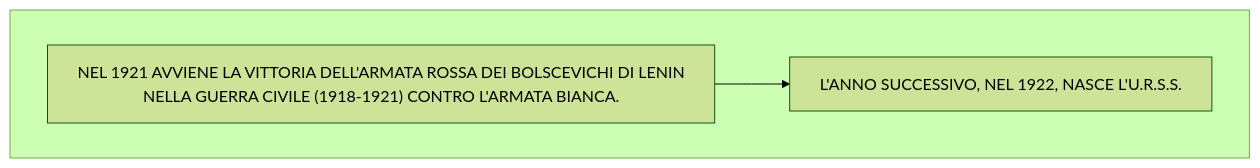
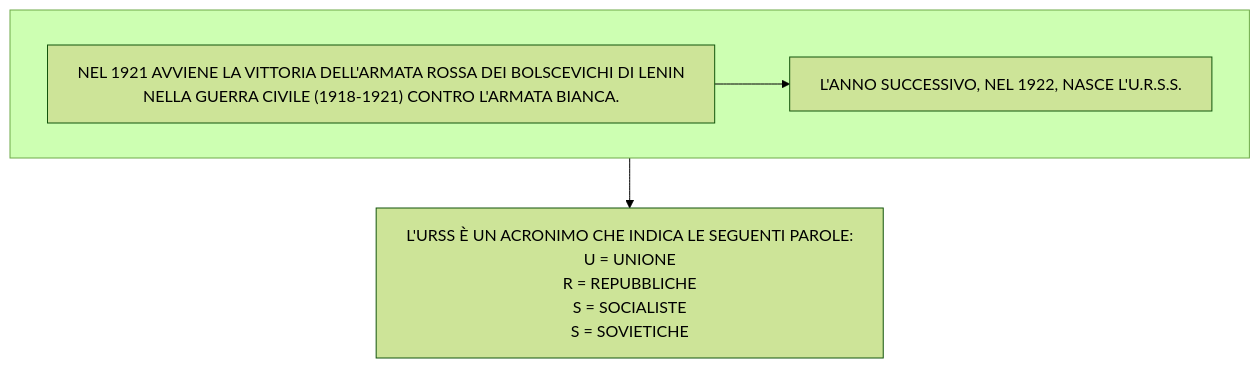
Diagram 11 of 11 in stalinismoRiscrittura.md (Laaouatni/ricerca-storia-MermaidJS), drawn with Mermaid (forest theme) before and after one commit.

````diff
--- a/stalinismoRiscrittura.md
+++ b/stalinismoRiscrittura.md
@@ -196,9 +196,11 @@
 ```mermaid
 %%{init: { "flowchart": { "wrappingWidth": 800 } }}%%
 flowchart TB
   subgraph 1[" "]
     0["NEL 1921 AVVIENE LA VITTORIA DELL'ARMATA ROSSA DEI BOLSCEVICHI DI LENIN <br>NELLA GUERRA CIVILE (1918-1921) CONTRO L'ARMATA BIANCA."]
     01["L'ANNO SUCCESSIVO, NEL 1922, NASCE L'U.R.S.S."]
     0 --> 01
   end
+  2[L'URSS È UN ACRONIMO CHE INDICA LE SEGUENTI PAROLE: <br> U = UNIONE <br> R = REPUBBLICHE <br> S = SOCIALISTE <br> S = SOVIETICHE]
+  1 --> 2
 ```
````
